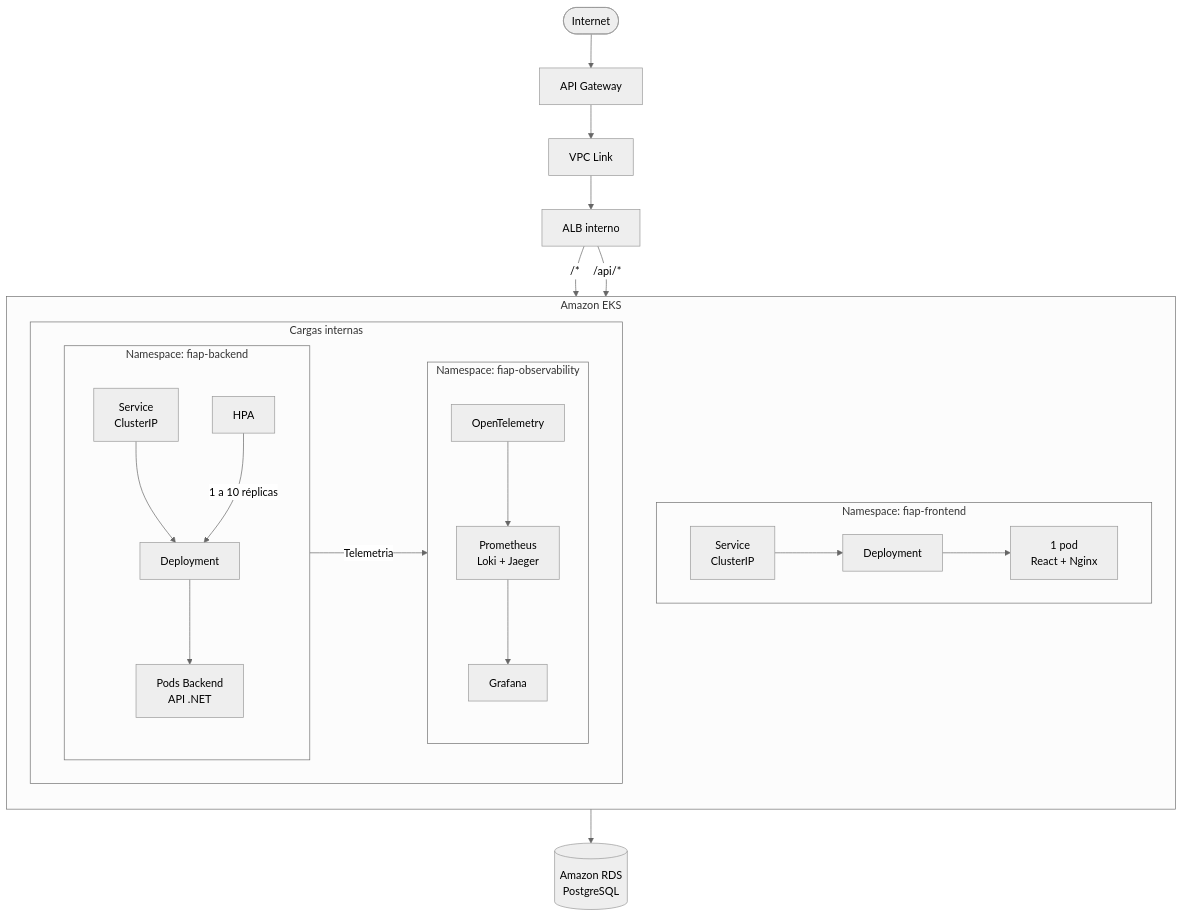
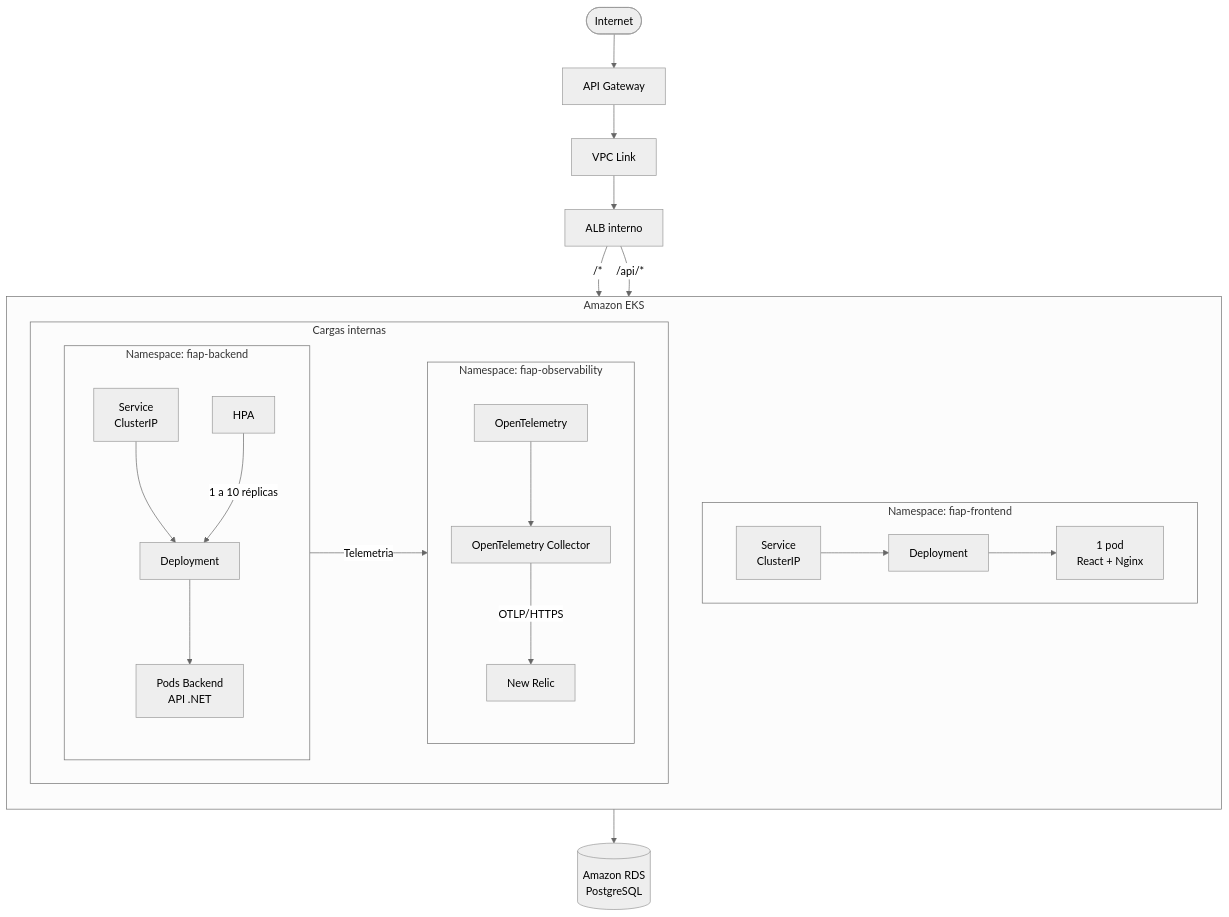
Before and after one commit to Maieru/fiap-tech-challenge: the second of 3 diagrams in docs/ARQUITETURA.md, drawn with Mermaid (neutral theme). The commit also changed 18 other files, not shown here.

````diff
--- a/docs/ARQUITETURA.md
+++ b/docs/ARQUITETURA.md
@@ -44,39 +44,39 @@
 ```mermaid
 flowchart TB
     Internet([Internet]) --> Gateway["API Gateway"]
     Gateway --> Link["VPC Link"]
     Link --> ALB["ALB interno"]
 
     subgraph EKS["Amazon EKS"]
         direction TB
 
         subgraph FrontNS["Namespace: fiap-frontend"]
             direction LR
             FrontService["Service<br/>ClusterIP"] --> FrontDeploy[Deployment]
             FrontDeploy --> FrontPods["1 pod<br/>React + Nginx"]
         end
 
         subgraph Internal["Cargas internas"]
             direction LR
 
             subgraph BackNS["Namespace: fiap-backend"]
                 direction TB
                 BackService["Service<br/>ClusterIP"] --> BackDeploy[Deployment]
                 HPA[HPA] -->|1 a 10 réplicas| BackDeploy
                 BackDeploy --> BackPods["Pods Backend<br/>API .NET"]
             end
 
             subgraph ObsNS["Namespace: fiap-observability"]
                 direction TB
-                Telemetry[OpenTelemetry] --> Monitoring["Prometheus<br/>Loki + Jaeger"]
-                Monitoring --> Grafana[Grafana]
+                Telemetry[OpenTelemetry] --> Collector[OpenTelemetry Collector]
+                Collector -->|"OTLP/HTTPS"| NewRelic[New Relic]
             end
         end
 
         BackPods -->|Telemetria| Telemetry
     end
 
     ALB -->|"/*"| FrontService
     ALB -->|"/api/*"| BackService
     BackPods --> RDS[(Amazon RDS<br/>PostgreSQL)]
 ```
````
